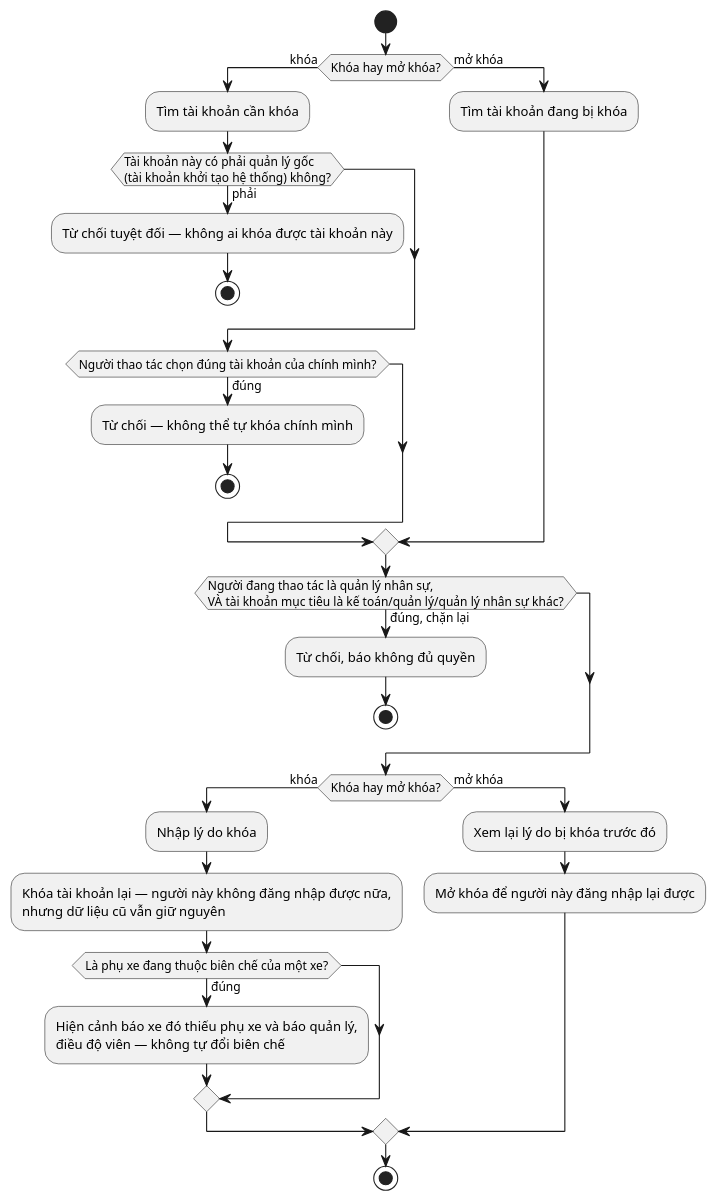
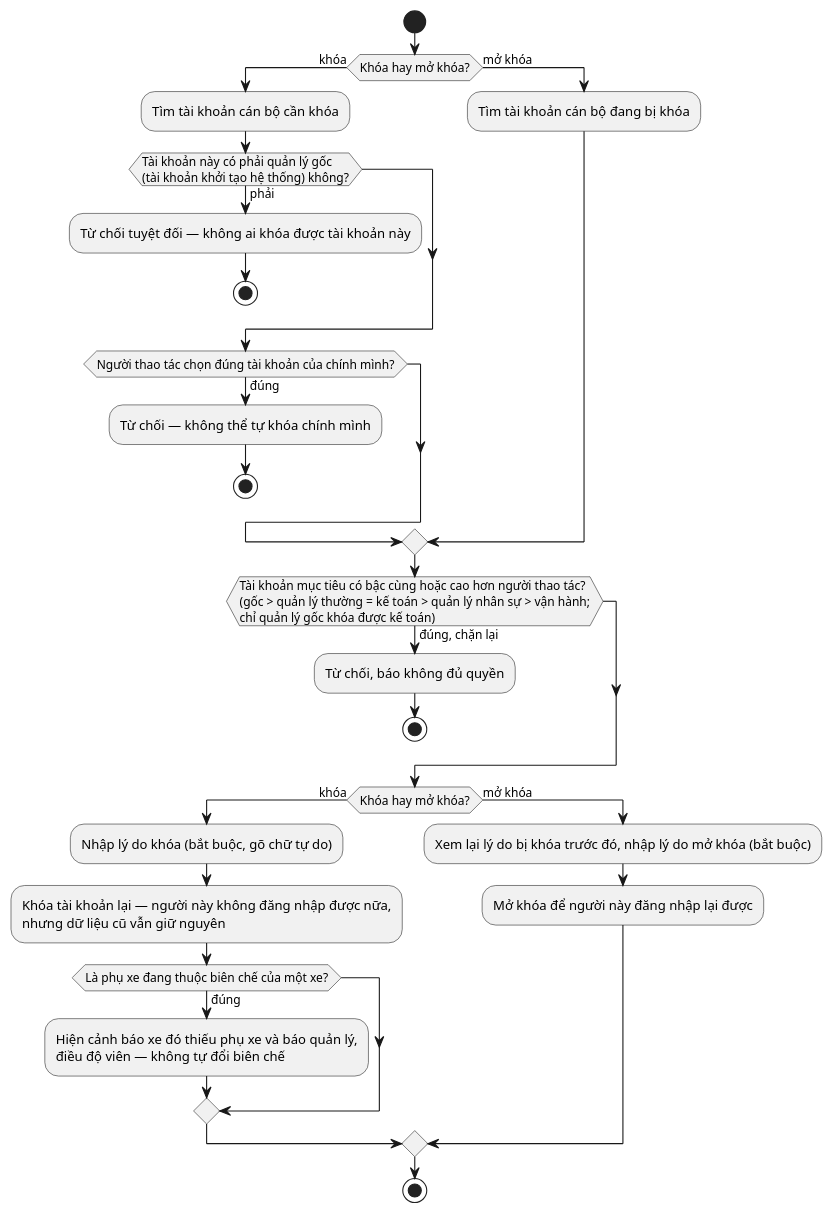
One commit to nguyenvietanhit19/Project1_HeThongQuanLyNhaXeKhachLienTinh changed diagram 47 of 53 in UML_DIAGRAMS.md. Above: the diagram before and after it, drawn with PlantUML. The commit also changed other lines of this file and 19 other files, not shown here.

````diff
--- a/UML_DIAGRAMS.md
+++ b/UML_DIAGRAMS.md
@@ -1346,33 +1346,33 @@
 ```plantuml
 @startuml AD_UC37_KhoaMoKhoa
 start
 if (Khóa hay mở khóa?) then (khóa)
-  :Tìm tài khoản cần khóa;
+  :Tìm tài khoản cán bộ cần khóa;
   if (Tài khoản này có phải quản lý gốc\n(tài khoản khởi tạo hệ thống) không?) then (phải)
     :Từ chối tuyệt đối — không ai khóa được tài khoản này;
     stop
   endif
   if (Người thao tác chọn đúng tài khoản của chính mình?) then (đúng)
     :Từ chối — không thể tự khóa chính mình;
     stop
   endif
 else (mở khóa)
-  :Tìm tài khoản đang bị khóa;
+  :Tìm tài khoản cán bộ đang bị khóa;
 endif
-if (Người đang thao tác là quản lý nhân sự,\nVÀ tài khoản mục tiêu là kế toán/quản lý/quản lý nhân sự khác?) then (đúng, chặn lại)
+if (Tài khoản mục tiêu có bậc cùng hoặc cao hơn người thao tác?\n(gốc > quản lý thường = kế toán > quản lý nhân sự > vận hành;\nchỉ quản lý gốc khóa được kế toán)) then (đúng, chặn lại)
   :Từ chối, báo không đủ quyền;
   stop
 endif
 if (Khóa hay mở khóa?) then (khóa)
-  :Nhập lý do khóa;
+  :Nhập lý do khóa (bắt buộc, gõ chữ tự do);
   :Khóa tài khoản lại — người này không đăng nhập được nữa,\nnhưng dữ liệu cũ vẫn giữ nguyên;
   if (Là phụ xe đang thuộc biên chế của một xe?) then (đúng)
     :Hiện cảnh báo xe đó thiếu phụ xe và báo quản lý,\nđiều độ viên — không tự đổi biên chế;
   endif
 else (mở khóa)
-  :Xem lại lý do bị khóa trước đó;
+  :Xem lại lý do bị khóa trước đó, nhập lý do mở khóa (bắt buộc);
   :Mở khóa để người này đăng nhập lại được;
 endif
 stop
 @enduml
 ```
````
